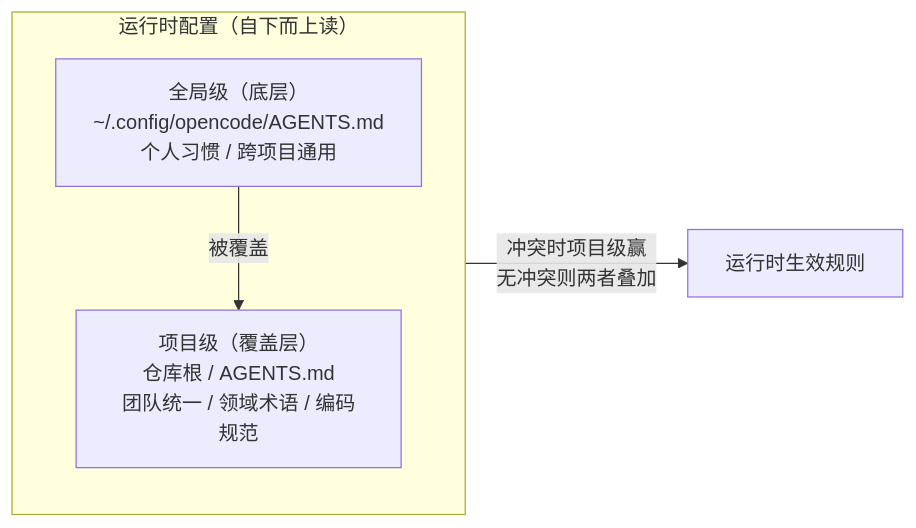
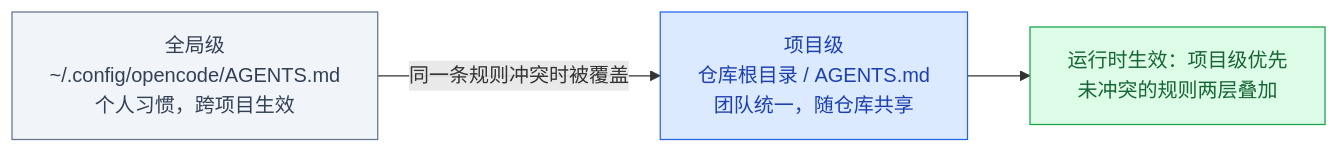
The eighth of 10 diagrams in ppt/ppt2-advanced/opencode-advanced-techniques.md (masonsxu/notes), drawn with Mermaid before and after one commit. The commit also changed other lines of this file and 1 other file, not shown here.

First line of the commit message:
refactor: 重写 opencode 入门与进阶文稿为演示级教学文档

````diff
--- a/ppt/ppt2-advanced/opencode-advanced-techniques.md
+++ b/ppt/ppt2-advanced/opencode-advanced-techniques.md
@@ -238,10 +393,11 @@
 ```mermaid
 flowchart LR
-    subgraph STACK["运行时配置（自下而上读）"]
-        direction TB
-        G["全局级（底层）<br/>~/.config/opencode/AGENTS.md<br/>个人习惯 / 跨项目通用"]
-        P["项目级（覆盖层）<br/>仓库根 / AGENTS.md<br/>团队统一 / 领域术语 / 编码规范"]
-        G -->|"被覆盖"| P
-    end
-    P -->|"冲突时项目级赢<br/>无冲突则两者叠加"| R["运行时生效规则"]
+    classDef artifact fill:#F1F5F9,stroke:#64748B,color:#334155
+    classDef agent fill:#DBEAFE,stroke:#2563EB,color:#1E40AF
+    classDef gate fill:#DCFCE7,stroke:#16A34A,color:#166534
+
+    G["全局级<br/>~/.config/opencode/AGENTS.md<br/>个人习惯，跨项目生效"]:::artifact
+    P["项目级<br/>仓库根目录 / AGENTS.md<br/>团队统一，随仓库共享"]:::agent
+    G -->|"同一条规则冲突时被覆盖"| P
+    P --> R["运行时生效：项目级优先<br/>未冲突的规则两层叠加"]:::gate
 ```
````
